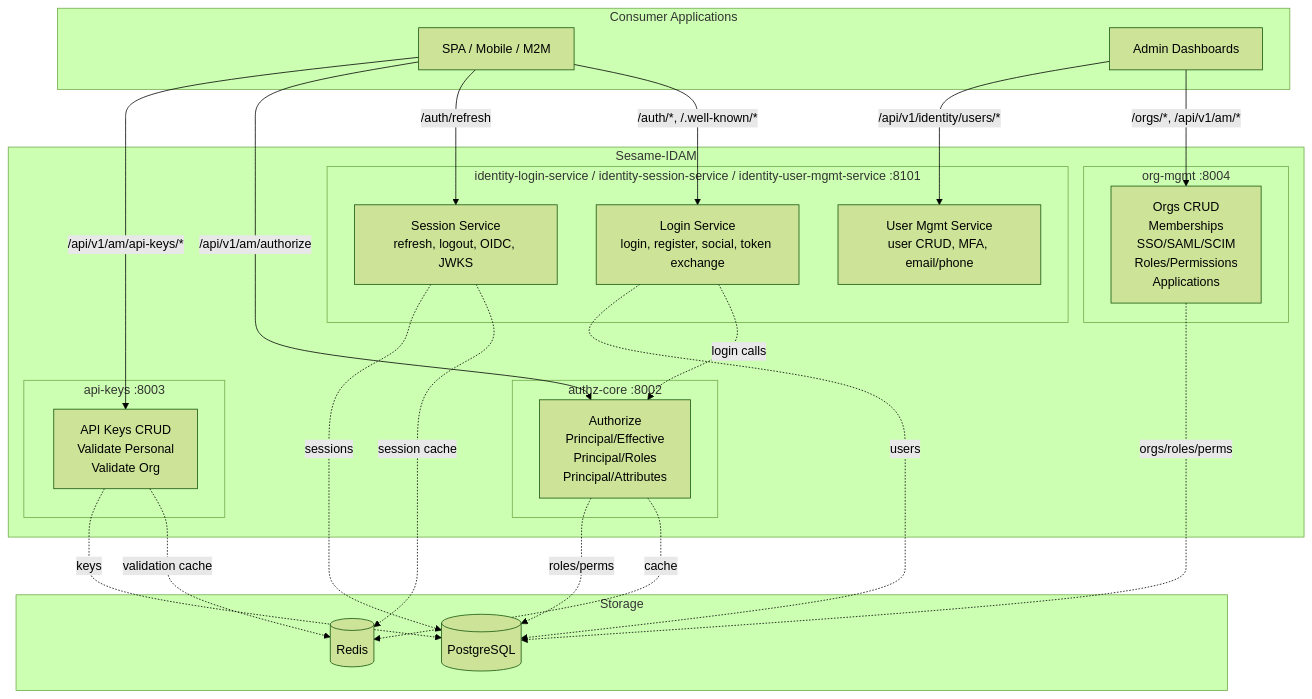
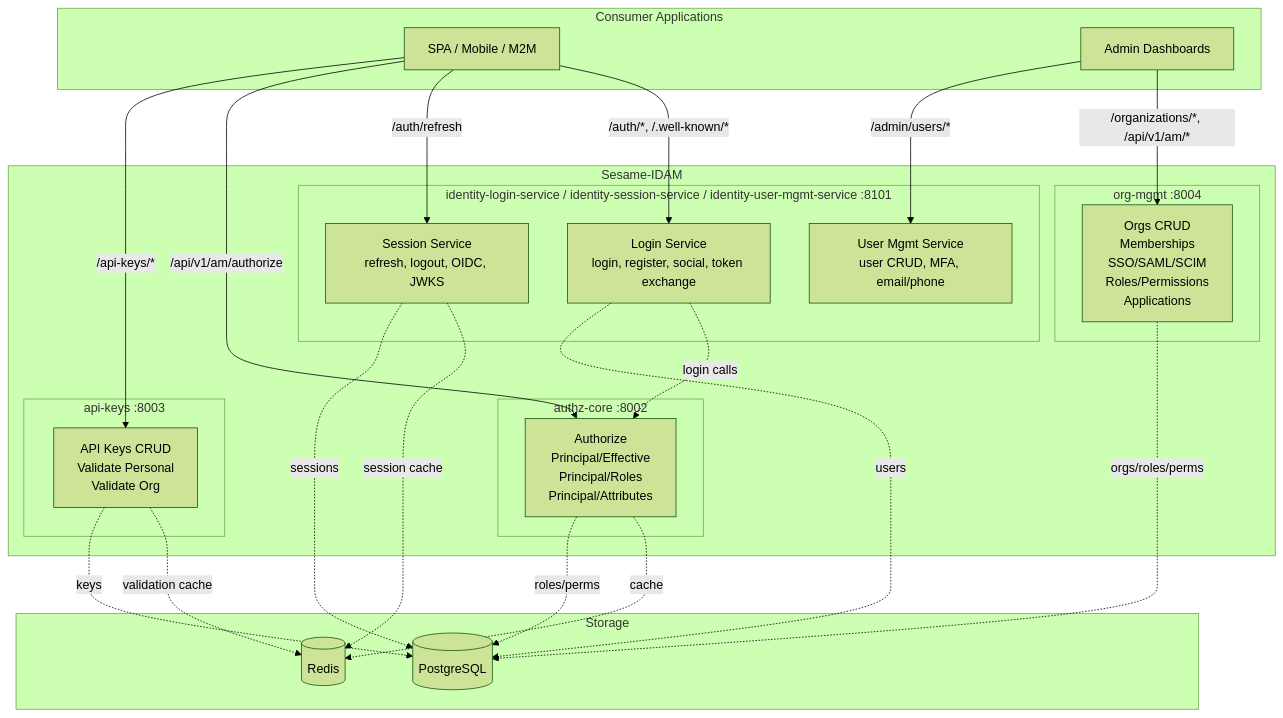
Before and after one commit to microscaler/sesame-idam: the first of 2 diagrams in docs/mermaid/HLD.md, drawn with Mermaid (forest theme). The commit also changed other lines of this file and 23 other files, not shown here.

````diff
--- a/docs/mermaid/HLD.md
+++ b/docs/mermaid/HLD.md
@@ -10,46 +10,46 @@
 ```mermaid
 graph TB
     subgraph "Consumer Applications"
         SPA[SPA / Mobile / M2M]
         Admin[Admin Dashboards]
     end
 
     subgraph "Sesame-IDAM"
         subgraph "identity-login-service / identity-session-service / identity-user-mgmt-service :8101"
             LS[Login Service<br/>login, register, social, token exchange]
             SS[Session Service<br/>refresh, logout, OIDC, JWKS]
             UM[User Mgmt Service<br/>user CRUD, MFA, email/phone]
         end
         subgraph "authz-core :8002"
             AC[Authorize<br/>Principal/Effective<br/>Principal/Roles<br/>Principal/Attributes]
         end
         subgraph "api-keys :8003"
             AK[API Keys CRUD<br/>Validate Personal<br/>Validate Org]
         end
         subgraph "org-mgmt :8004"
             OM[Orgs CRUD<br/>Memberships<br/>SSO/SAML/SCIM<br/>Roles/Permissions<br/>Applications]
         end
     end
 
     subgraph "Storage"
         PG[(PostgreSQL)]
         Redis[(Redis)]
     end
 
     SPA -->|/auth/*, /.well-known/*| LS
     SPA -->|/auth/refresh| SS
     SPA -->|/api/v1/am/authorize| AC
-    SPA -->|/api/v1/am/api-keys/*| AK
-    Admin -->|/orgs/*, /api/v1/am/*| OM
-    Admin -->|/api/v1/identity/users/*| UM
+    SPA -->|/api-keys/*| AK
+    Admin -->|/organizations/*, /api/v1/am/*| OM
+    Admin -->|/admin/users/*| UM
 
     LS -. login calls .-> AC
     AC -. cache .-> Redis
     SS -. session cache .-> Redis
     AK -. validation cache .-> Redis
     LS -. users .-> PG
     SS -. sessions .-> PG
     AC -. roles/perms .-> PG
     AK -. keys .-> PG
     OM -. orgs/roles/perms .-> PG
 ```
````
